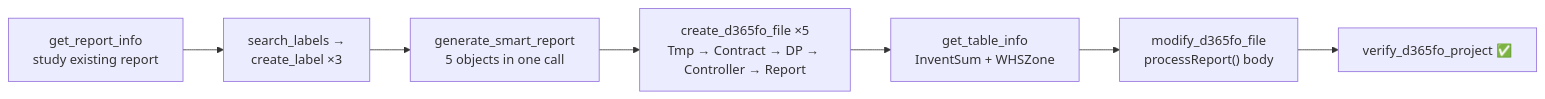
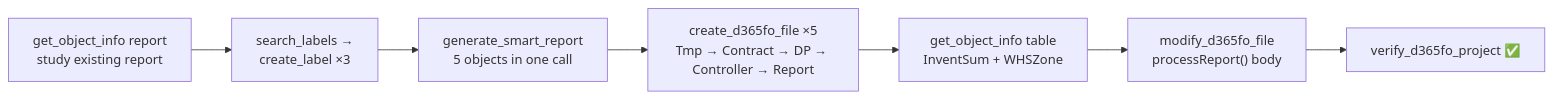
Before and after one commit to DaylePWork/d365fo-mcp-server: the seventh of 7 diagrams in docs/USAGE_EXAMPLES.md, drawn with Mermaid. The commit also changed other lines of this file and 57 other files, not shown here.

First line of the commit message:
feat: unify per-type readers under get_object_info

````diff
--- a/docs/USAGE_EXAMPLES.md
+++ b/docs/USAGE_EXAMPLES.md
@@ -172,9 +172,9 @@
 ```mermaid
 flowchart LR
-    A["get_report_info<br/>study existing report"] --> B["search_labels →<br/>create_label ×3"]
+    A["get_object_info report<br/>study existing report"] --> B["search_labels →<br/>create_label ×3"]
     B --> C["generate_smart_report<br/>5 objects in one call"]
     C --> D["create_d365fo_file ×5<br/>Tmp → Contract → DP → Controller → Report"]
-    D --> E["get_table_info<br/>InventSum + WHSZone"]
+    D --> E["get_object_info table<br/>InventSum + WHSZone"]
     E --> F["modify_d365fo_file<br/>processReport() body"]
     F --> G[verify_d365fo_project ✅]
 ```
````
